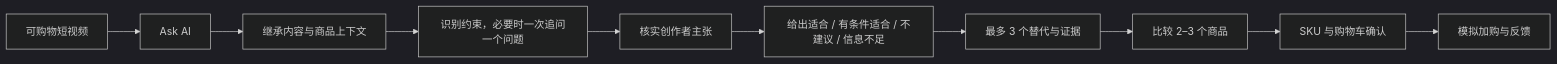
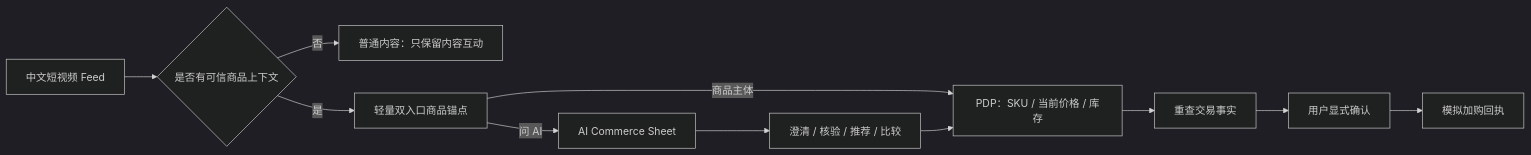
The first of 2 diagrams in README.md (teemoweng/ai-shopping-agent), drawn with Mermaid (dark theme) before and after one commit. The commit also changed other lines of this file and 2 other files, not shown here.

````diff
--- a/README.md
+++ b/README.md
@@ -39,12 +42,13 @@
 ```mermaid
 flowchart LR
-    A["可购物短视频"] --> B["Ask AI"]
-    B --> C["继承内容与商品上下文"]
-    C --> D["识别约束，必要时一次追问一个问题"]
-    D --> E["核实创作者主张"]
-    E --> F["给出适合 / 有条件适合 / 不建议 / 信息不足"]
-    F --> G["最多 3 个替代与证据"]
-    G --> H["比较 2–3 个商品"]
-    H --> I["SKU 与购物车确认"]
-    I --> J["模拟加购与反馈"]
+    A["中文短视频 Feed"] --> B{"是否有可信商品上下文"}
+    B -->|"否"| C["普通内容：只保留内容互动"]
+    B -->|"是"| D["轻量双入口商品锚点"]
+    D -->|"商品主体"| E["PDP：SKU / 当前价格 / 库存"]
+    D -->|"问 AI"| F["AI Commerce Sheet"]
+    F --> G["澄清 / 核验 / 推荐 / 比较"]
+    G --> E
+    E --> H["重查交易事实"]
+    H --> I["用户显式确认"]
+    I --> J["模拟加购回执"]
 ```
````
